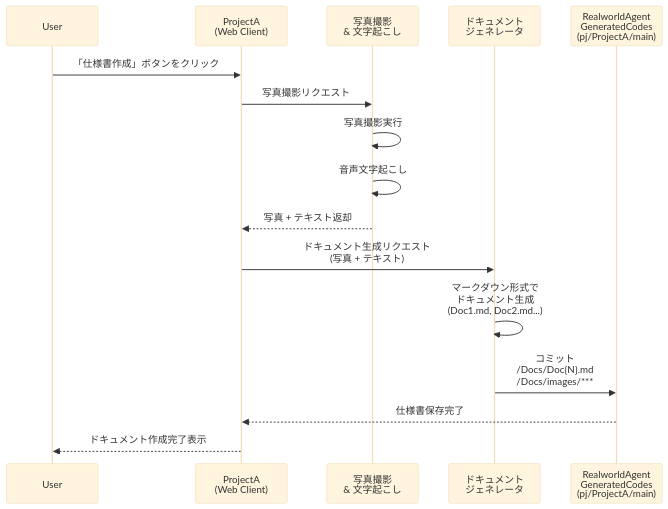
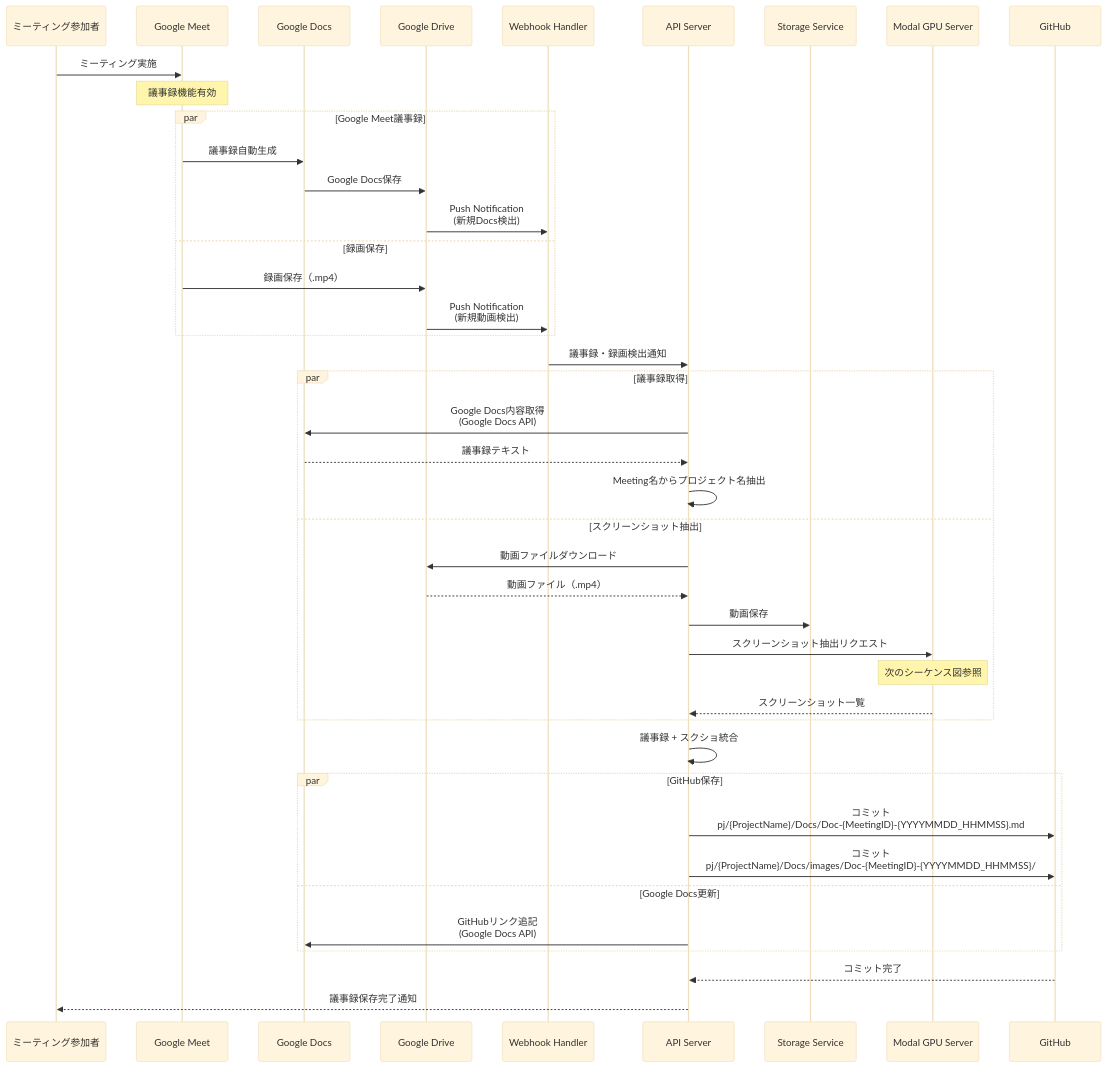
Before and after one commit to supertask/MentraAgent: the third of 10 diagrams in docs/RealworldAgent_Diagrams.md, drawn with Mermaid (base theme). The commit also changed other lines of this file and 32 other files, not shown here.

````diff
--- a/docs/RealworldAgent_Diagrams.md
+++ b/docs/RealworldAgent_Diagrams.md
@@ -5,21 +252,51 @@
 ```mermaid
 sequenceDiagram
-    participant User
-    participant ProjectA as ProjectA<br/>(Web Client)
-    participant PhotoCapture as 写真撮影<br/>& 文字起こし
-    participant DocGenerator as ドキュメント<br/>ジェネレータ
-    participant RWARepo as RealworldAgent<br/>GeneratedCodes<br/>(pj/ProjectA/main)
-
-    User->>ProjectA: 「仕様書作成」ボタンをクリック
-    ProjectA->>PhotoCapture: 写真撮影リクエスト
-    PhotoCapture->>PhotoCapture: 写真撮影実行
-    PhotoCapture->>PhotoCapture: 音声文字起こし
-    PhotoCapture-->>ProjectA: 写真 + テキスト返却
-
-    ProjectA->>DocGenerator: ドキュメント生成リクエスト<br/>(写真 + テキスト)
-    DocGenerator->>DocGenerator: マークダウン形式で<br/>ドキュメント生成<br/>(Doc1.md, Doc2.md...)
-    DocGenerator->>RWARepo: コミット<br/>/Docs/Doc{N}.md<br/>/Docs/images/***
-
-    RWARepo-->>ProjectA: 仕様書保存完了
-    ProjectA-->>User: ドキュメント作成完了表示
+    participant User as ミーティング参加者
+    participant Meet as Google Meet
+    participant Docs as Google Docs
+    participant Drive as Google Drive
+    participant Webhook as Webhook Handler
+    participant API as API Server
+    participant Storage as Storage Service
+    participant GPU as Modal GPU Server
+    participant GitHub as GitHub
+    
+    User->>Meet: ミーティング実施
+    Note over Meet: 議事録機能有効
+    
+    par Google Meet議事録
+        Meet->>Docs: 議事録自動生成
+        Docs->>Drive: Google Docs保存
+        Drive->>Webhook: Push Notification<br/>(新規Docs検出)
+    and 録画保存
+        Meet->>Drive: 録画保存（.mp4）
+        Drive->>Webhook: Push Notification<br/>(新規動画検出)
+    end
+    
+    Webhook->>API: 議事録・録画検出通知
+    
+    par 議事録取得
+        API->>Docs: Google Docs内容取得<br/>(Google Docs API)
+        Docs-->>API: 議事録テキスト
+        API->>API: Meeting名からプロジェクト名抽出
+    and スクリーンショット抽出
+        API->>Drive: 動画ファイルダウンロード
+        Drive-->>API: 動画ファイル（.mp4）
+        API->>Storage: 動画保存
+        API->>GPU: スクリーンショット抽出リクエスト
+        Note over GPU: 次のシーケンス図参照
+        GPU-->>API: スクリーンショット一覧
+    end
+    
+    API->>API: 議事録 + スクショ統合
+    
+    par GitHub保存
+        API->>GitHub: コミット<br/>pj/{ProjectName}/Docs/Doc-{MeetingID}-{YYYYMMDD_HHMMSS}.md
+        API->>GitHub: コミット<br/>pj/{ProjectName}/Docs/images/Doc-{MeetingID}-{YYYYMMDD_HHMMSS}/
+    and Google Docs更新
+        API->>Docs: GitHubリンク追記<br/>(Google Docs API)
+    end
+    
+    GitHub-->>API: コミット完了
+    API-->>User: 議事録保存完了通知
 ```
````
